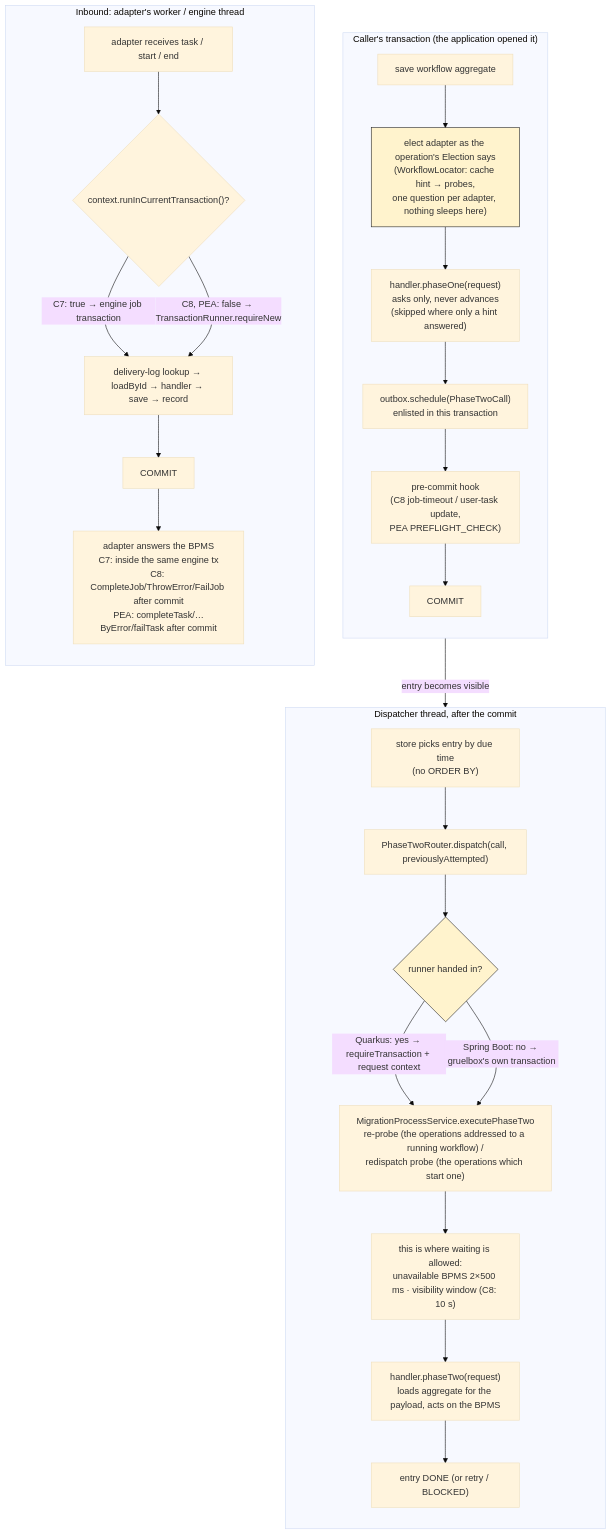
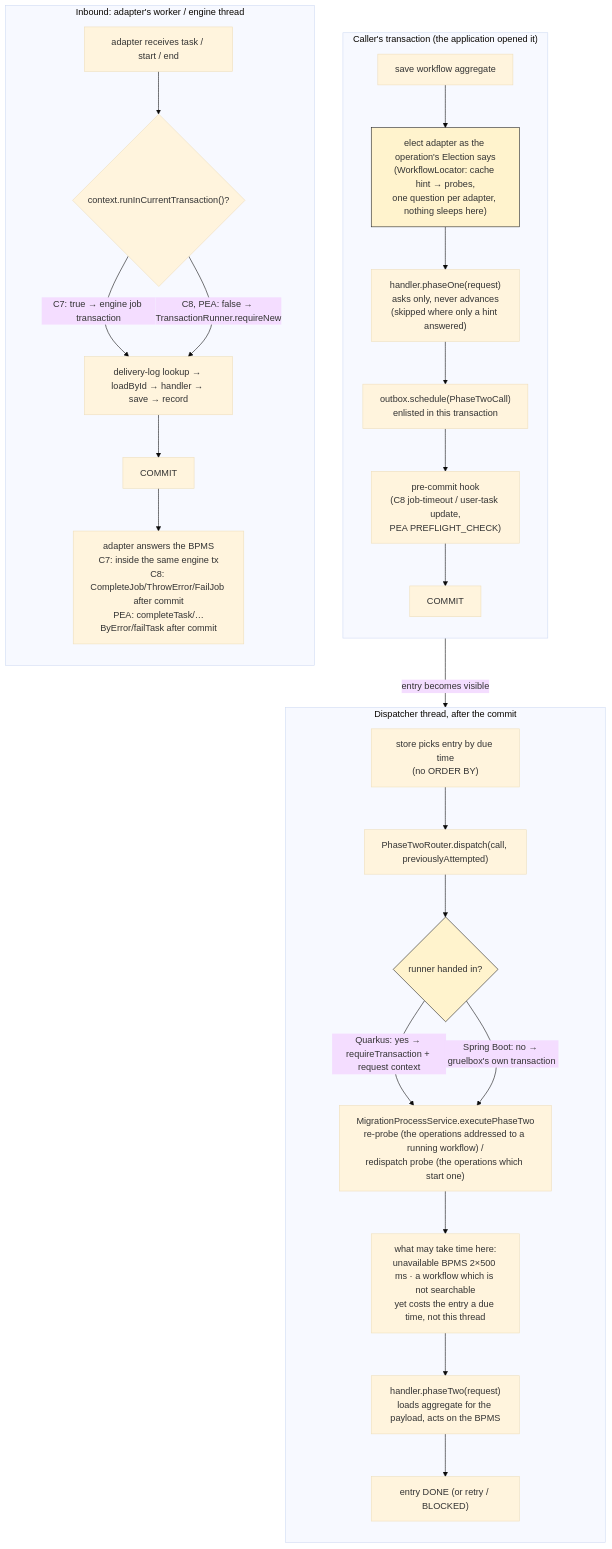
Diagram 15 of 15 in migration-adapter/README.md (vanillabp/adapter-platform-integration), drawn with Mermaid (base theme) before and after one commit. The commit also changed other lines of this file and 12 other files, not shown here.

````diff
--- a/migration-adapter/README.md
+++ b/migration-adapter/README.md
@@ -2018,37 +2031,37 @@
 ```mermaid
 flowchart TB
   subgraph CALLER["Caller's transaction (the application opened it)"]
     direction TB
     A1["save workflow aggregate"] --> A2["elect adapter as the operation's Election says<br/>(WorkflowLocator: cache hint → probes,<br/>one question per adapter, nothing sleeps here)"]
     A2 --> A3["handler.phaseOne(request)<br/>asks only, never advances<br/>(skipped where only a hint answered)"]
     A3 --> A4["outbox.schedule(PhaseTwoCall)<br/>enlisted in this transaction"]
     A4 --> A5["pre-commit hook<br/>(C8 job-timeout / user-task update,<br/>PEA PREFLIGHT_CHECK)"]
     A5 --> C["COMMIT"]
   end
 
   C -->|"entry becomes visible"| D0
 
   subgraph DISPATCH["Dispatcher thread, after the commit"]
     direction TB
     D0["store picks entry by due time<br/>(no ORDER BY)"] --> D1["PhaseTwoRouter.dispatch(call, previouslyAttempted)"]
     D1 --> D2{"runner handed in?"}
     D2 -->|"Quarkus: yes → requireTransaction + request context"| D3["MigrationProcessService.executePhaseTwo<br/>re-probe (the operations addressed to a running workflow) /<br/>redispatch probe (the operations which start one)"]
     D2 -->|"Spring Boot: no → gruelbox's own transaction"| D3
-    D3 --> D3a["this is where waiting is allowed:<br/>unavailable BPMS 2×500 ms · visibility window (C8: 10 s)"]
+    D3 --> D3a["what may take time here:<br/>unavailable BPMS 2×500 ms · a workflow which is not searchable<br/>yet costs the entry a due time, not this thread"]
     D3a --> D4["handler.phaseTwo(request)<br/>loads aggregate for the payload, acts on the BPMS"]
     D4 --> D5["entry DONE (or retry / BLOCKED)"]
   end
 
   subgraph INBOUND["Inbound: adapter's worker / engine thread"]
     direction TB
     I0["adapter receives task / start / end"] --> I1{"context.runInCurrentTransaction()?"}
     I1 -->|"C7: true → engine job transaction"| I2
     I1 -->|"C8, PEA: false → TransactionRunner.requireNew"| I2
     I2["delivery-log lookup → loadById → handler → save → record"] --> I3["COMMIT"]
     I3 --> I4["adapter answers the BPMS<br/>C7: inside the same engine tx<br/>C8: CompleteJob/ThrowError/FailJob after commit<br/>PEA: completeTask/…ByError/failTask after commit"]
   end
 
   classDef tx fill:#e6f0ff,stroke:#1e1e1e;
   classDef warn fill:#fff3cd,stroke:#1e1e1e;
   class A2,D2 warn;
 ```
````
